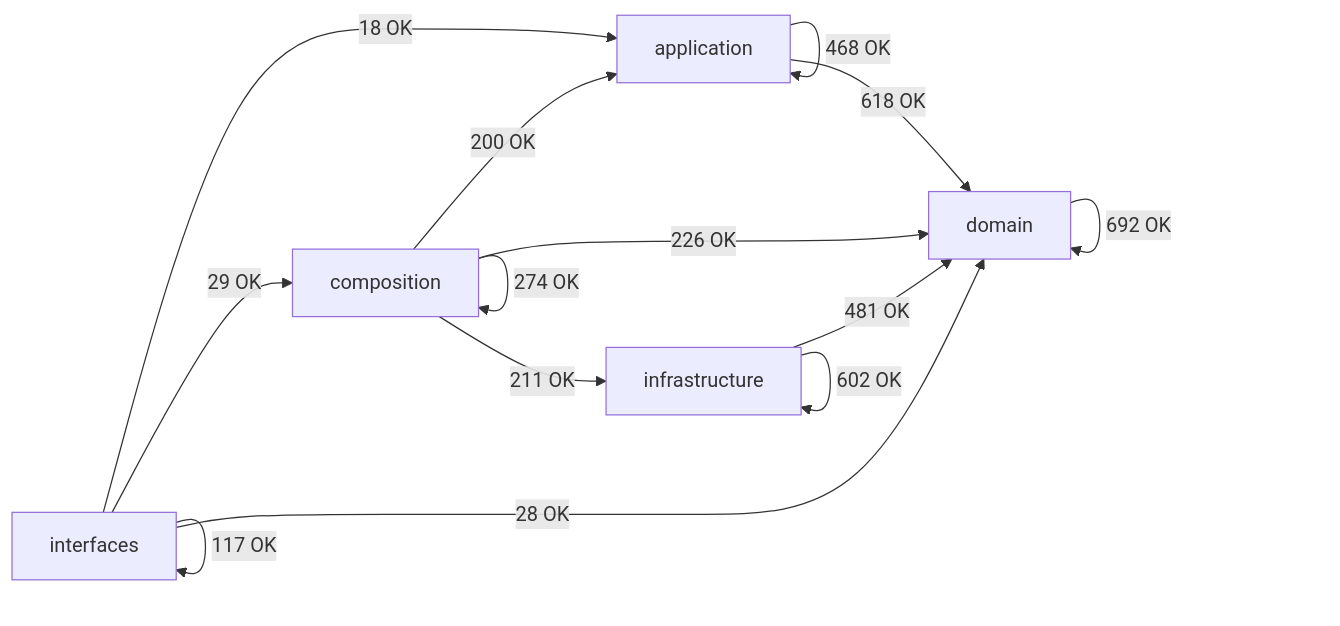
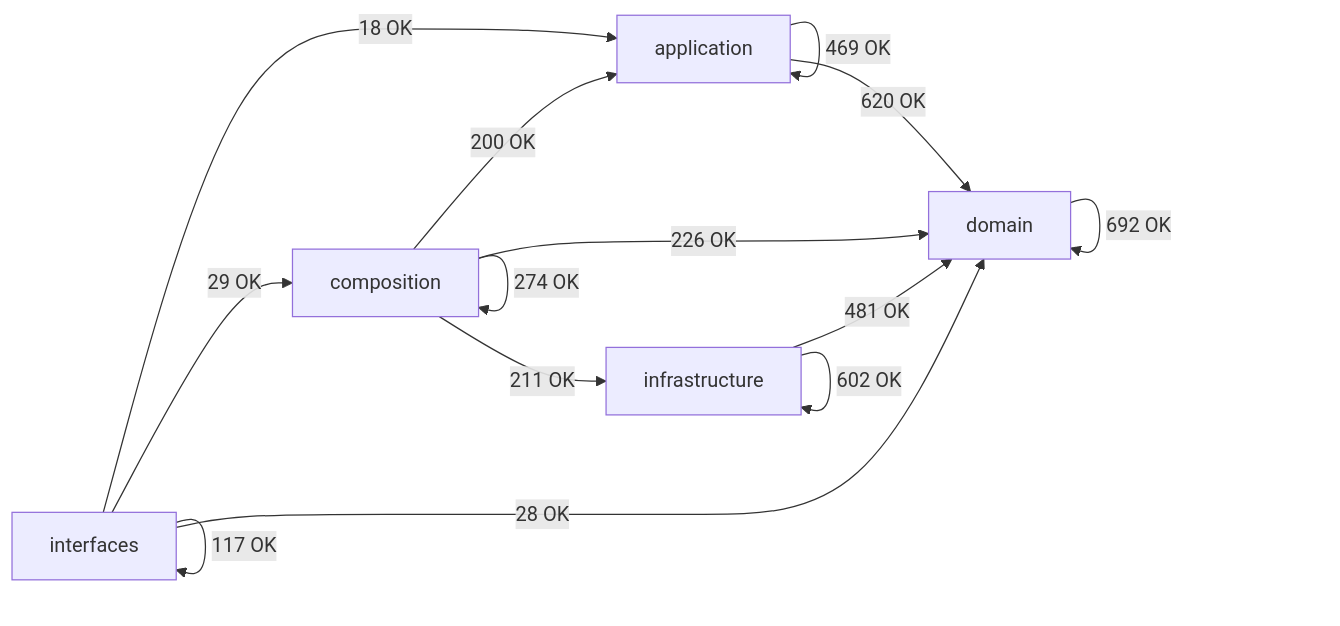
Before and after one commit to SatoryKono/BioactivityDataAcquisition: the diagram in docs/02-architecture/generated/module-dependency-map.md, drawn with Mermaid. The commit also changed other lines of this file and 8 other files, not shown here.

````diff
--- a/docs/02-architecture/generated/module-dependency-map.md
+++ b/docs/02-architecture/generated/module-dependency-map.md
@@ -16,21 +16,21 @@
 ```mermaid
 flowchart LR
     domain[domain]
     application[application]
     infrastructure[infrastructure]
     composition[composition]
     interfaces[interfaces]
-    application -->|468 OK| application
-    application -->|618 OK| domain
+    application -->|469 OK| application
+    application -->|620 OK| domain
     composition -->|200 OK| application
     composition -->|274 OK| composition
     composition -->|226 OK| domain
     composition -->|211 OK| infrastructure
     domain -->|692 OK| domain
     infrastructure -->|481 OK| domain
     infrastructure -->|602 OK| infrastructure
     interfaces -->|18 OK| application
     interfaces -->|29 OK| composition
     interfaces -->|28 OK| domain
     interfaces -->|117 OK| interfaces
 ```
````
